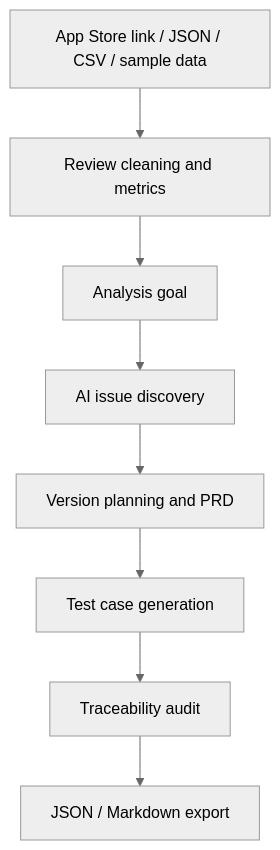
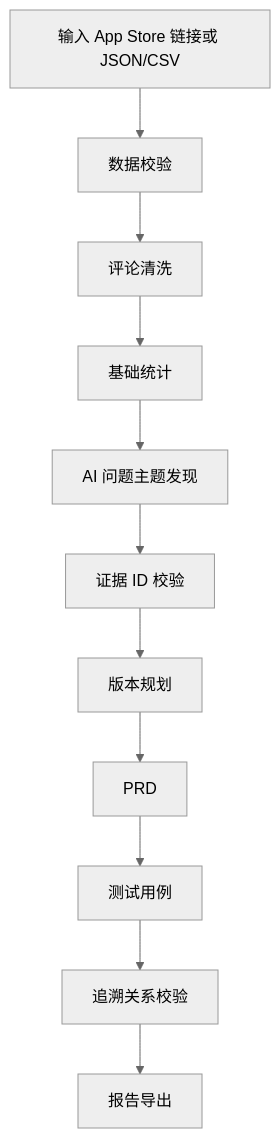
The diagram in README.md (BayesLee/app-review-insights), drawn with Mermaid (neutral theme) before and after one commit. The commit also changed other lines of this file and 3 other files, not shown here.

````diff
--- a/README.md
+++ b/README.md
@@ -18,10 +64,13 @@
 ```mermaid
 flowchart TD
-  A["App Store link / JSON / CSV / sample data"] --> B["Review cleaning and metrics"]
-  B --> C["Analysis goal"]
-  C --> D["AI issue discovery"]
-  D --> E["Version planning and PRD"]
-  E --> F["Test case generation"]
-  F --> G["Traceability audit"]
-  G --> H["JSON / Markdown export"]
+  A["输入 App Store 链接或 JSON/CSV"] --> B["数据校验"]
+  B --> C["评论清洗"]
+  C --> D["基础统计"]
+  D --> E["AI 问题主题发现"]
+  E --> F["证据 ID 校验"]
+  F --> G["版本规划"]
+  G --> H["PRD"]
+  H --> I["测试用例"]
+  I --> J["追溯关系校验"]
+  J --> K["报告导出"]
 ```
````
